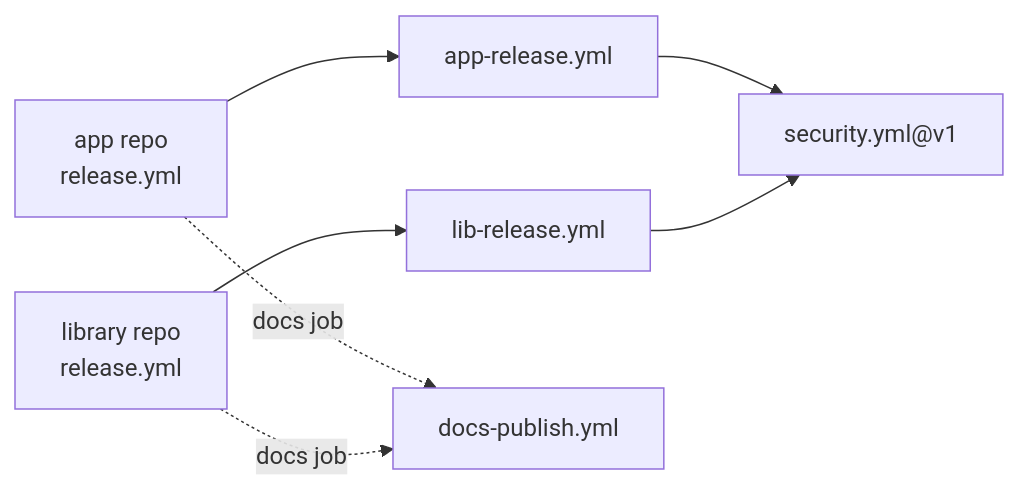
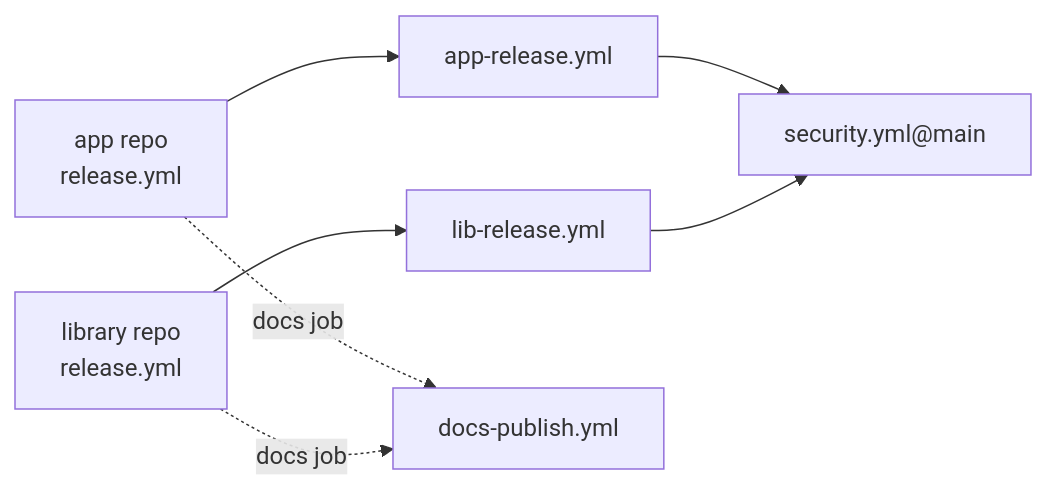
Before and after one commit to skylabs-digital/.github: the diagram in docs/public/index.md, drawn with Mermaid. The commit also changed other lines of this file and 8 other files, not shown here.

First line of the commit message:
ci(security): consume security.yml at @main, like every other reusable (#54)

````diff
--- a/docs/public/index.md
+++ b/docs/public/index.md
@@ -29,9 +29,9 @@
 ```mermaid
 flowchart LR
     A["app repo<br/>release.yml"] --> AR["app-release.yml"]
     L["library repo<br/>release.yml"] --> LB["lib-release.yml"]
-    AR --> S["security.yml@v1"]
+    AR --> S["security.yml@main"]
     LB --> S
     A -.->|"docs job"| DP["docs-publish.yml"]
     L -.->|"docs job"| DP
 ```
````
